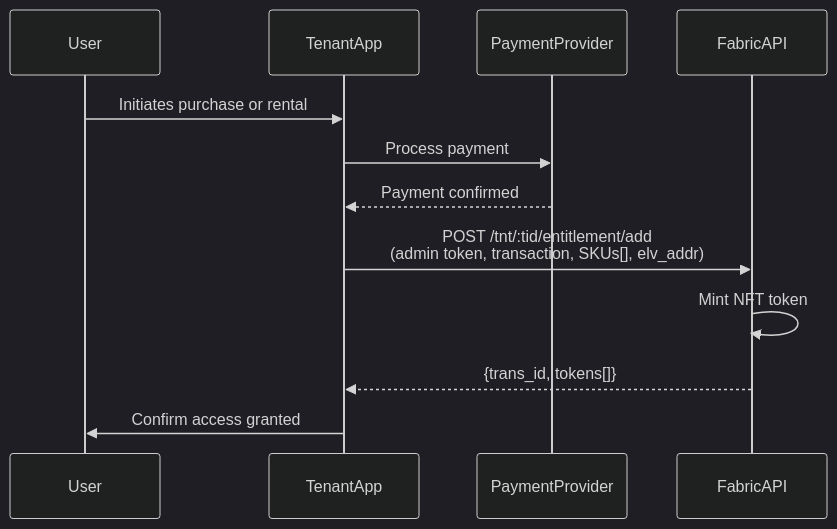
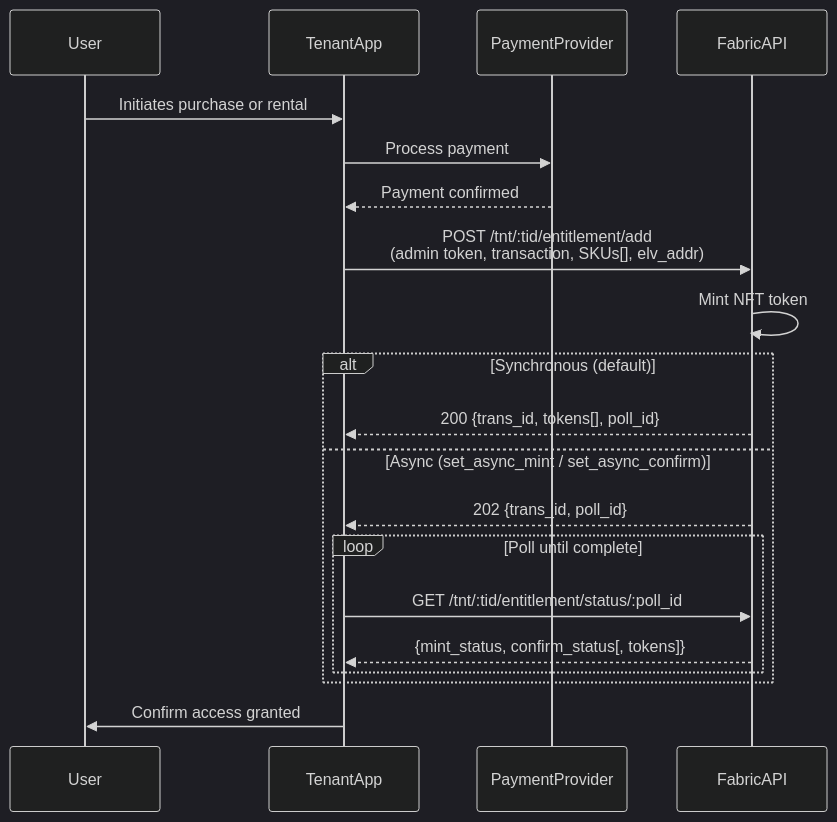
Before and after one commit to eluv-io/elv-docs: the diagram in media-wallet/purchase/entitlements/README.md, drawn with Mermaid (dark theme). The commit also changed other lines of this file, not shown here.

Commit message:
add polling to mermaid

````diff
--- a/media-wallet/purchase/entitlements/README.md
+++ b/media-wallet/purchase/entitlements/README.md
@@ -10,15 +10,25 @@
 ```mermaid
 sequenceDiagram
     participant User
     participant TenantApp
     participant PaymentProvider
     participant FabricAPI
 
     User->>TenantApp: Initiates purchase or rental
     TenantApp->>PaymentProvider: Process payment
     PaymentProvider-->>TenantApp: Payment confirmed
     TenantApp->>FabricAPI: POST /tnt/:tid/entitlement/add<br/>(admin token, transaction, SKUs[], elv_addr)
     FabricAPI->>FabricAPI: Mint NFT token
-    FabricAPI-->>TenantApp: {trans_id, tokens[]}
+
+    alt Synchronous (default)
+        FabricAPI-->>TenantApp: 200 {trans_id, tokens[], poll_id}
+    else Async (set_async_mint / set_async_confirm)
+        FabricAPI-->>TenantApp: 202 {trans_id, poll_id}
+        loop Poll until complete
+            TenantApp->>FabricAPI: GET /tnt/:tid/entitlement/status/:poll_id
+            FabricAPI-->>TenantApp: {mint_status, confirm_status[, tokens]}
+        end
+    end
+
     TenantApp->>User: Confirm access granted
 ```
````
